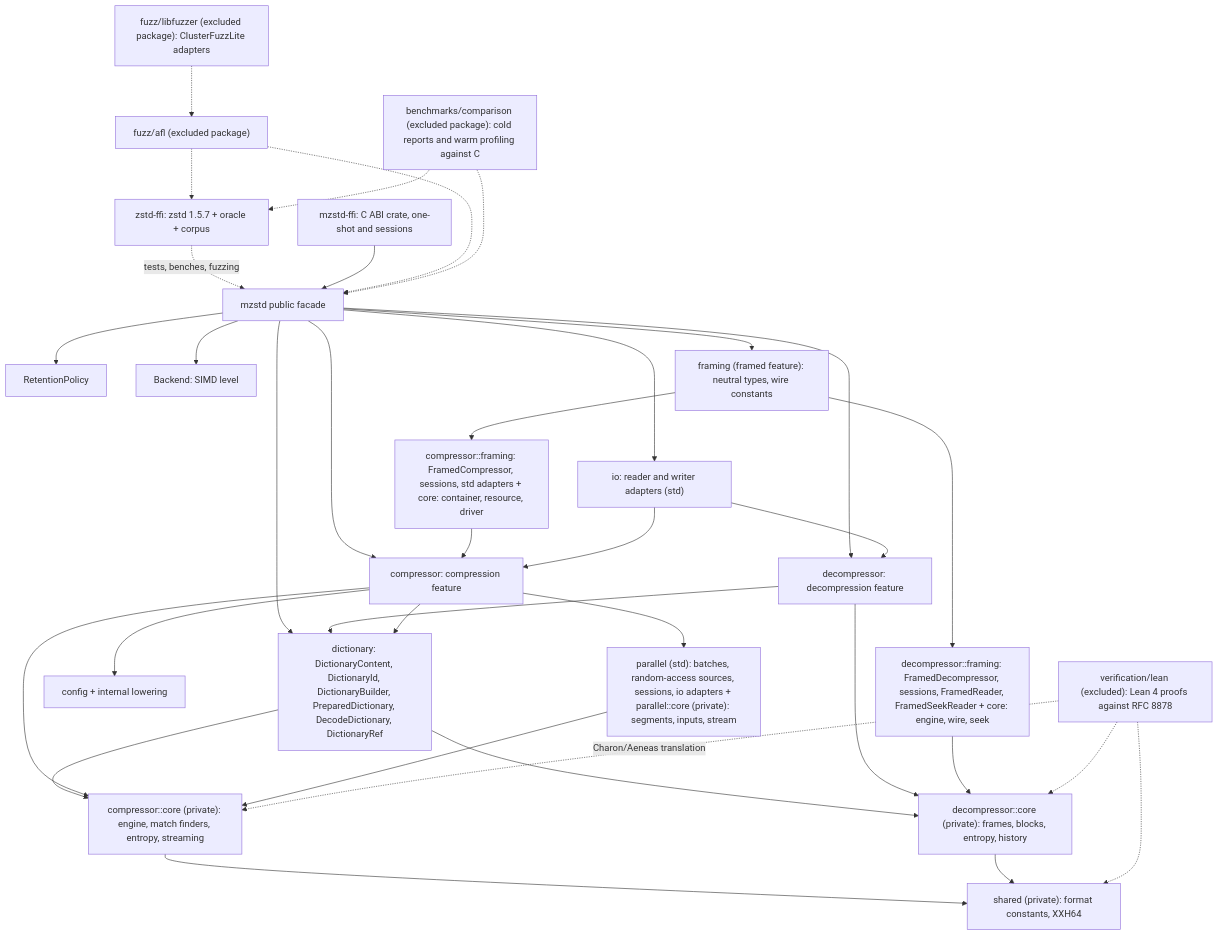
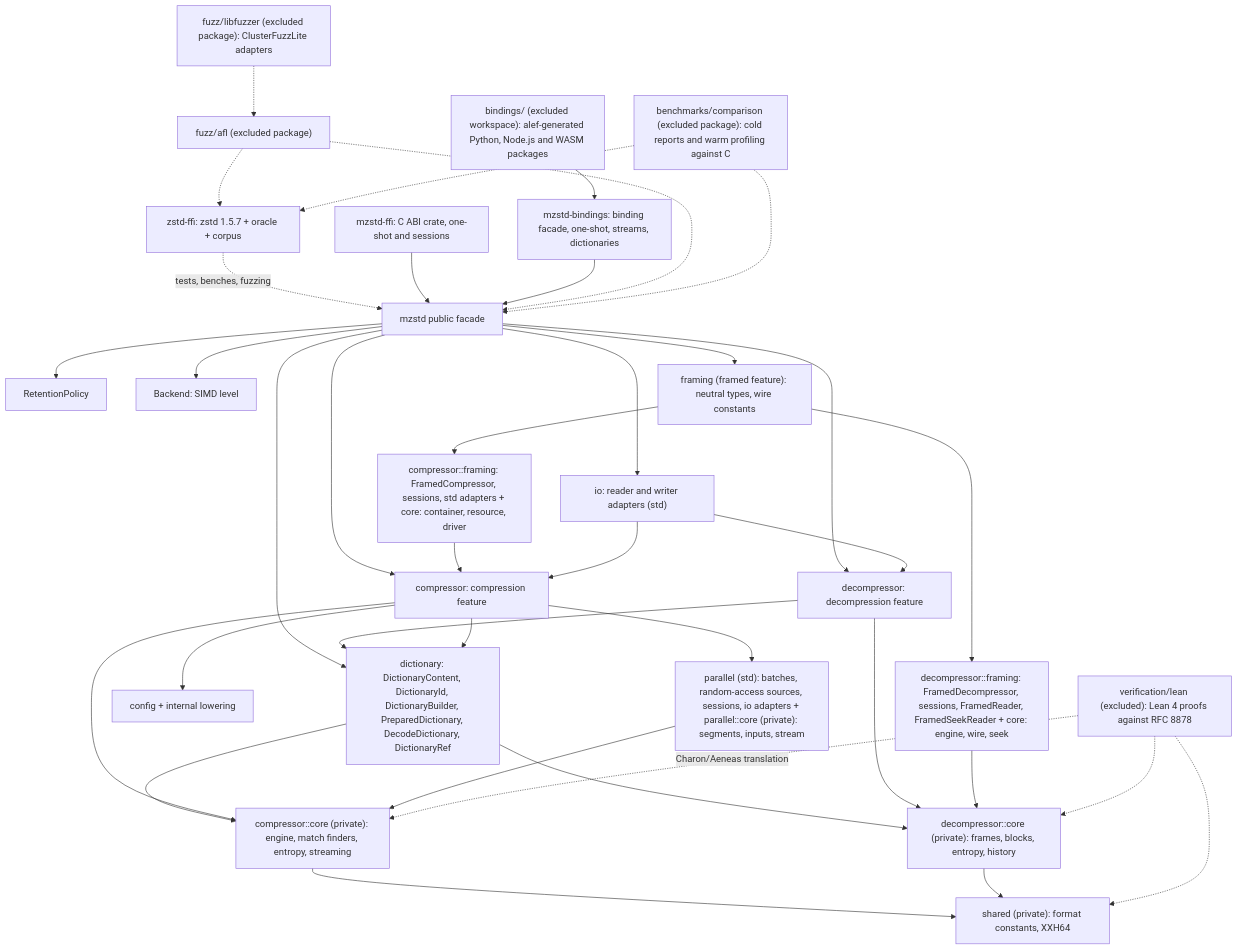
Before and after one commit to M-Compressors/mzstd: the diagram in architecture/README.md, drawn with Mermaid. The commit also changed other lines of this file and 74 other files, not shown here.

````diff
--- a/architecture/README.md
+++ b/architecture/README.md
@@ -11,37 +11,39 @@
 ```mermaid
 graph TD
     Root[mzstd public facade] --> Encode[compressor: compression feature]
     Root --> Decode[decompressor: decompression feature]
     Root --> Ret[RetentionPolicy]
     Root --> Back[Backend: SIMD level]
     Root --> IO["io: reader and writer adapters (std)"]
     Root --> Dict["dictionary: DictionaryContent, DictionaryId, DictionaryBuilder, PreparedDictionary, DecodeDictionary, DictionaryRef"]
     Decode --> Dict
     Encode --> Dict
     Dict --> DCore
     Dict --> ECore
     Encode --> Cfg[config + internal lowering]
     Encode --> ECore["compressor::core (private): engine, match finders, entropy, streaming"]
     Encode --> Par["parallel (std): batches, random-access sources, sessions, io adapters + parallel::core (private): segments, inputs, stream"]
     Par --> ECore
     Decode --> DCore["decompressor::core (private): frames, blocks, entropy, history"]
     Root --> Framing["framing (framed feature): neutral types, wire constants"]
     Framing --> FEnc["compressor::framing: FramedCompressor, sessions, std adapters + core: container, resource, driver"]
     Framing --> FDec["decompressor::framing: FramedDecompressor, sessions, FramedReader, FramedSeekReader + core: engine, wire, seek"]
     FEnc --> Encode
     FDec --> DCore
     ECore --> Shared["shared (private): format constants, XXH64"]
     DCore --> Shared
     IO --> Encode
     IO --> Decode
     Ref["zstd-ffi: zstd 1.5.7 + oracle + corpus"] -. tests, benches, fuzzing .-> Root
     CABI["mzstd-ffi: C ABI crate, one-shot and sessions"] --> Root
+    Facade["mzstd-bindings: binding facade, one-shot, streams, dictionaries"] --> Root
+    Bind["bindings/ (excluded workspace): alef-generated Python, Node.js and WASM packages"] --> Facade
     Fuzz["fuzz/afl (excluded package)"] -.-> Root
     Fuzz -.-> Ref
     LibFuzz["fuzz/libfuzzer (excluded package): ClusterFuzzLite adapters"] -.-> Fuzz
     Cmp["benchmarks/comparison (excluded package): cold reports and warm profiling against C"] -.-> Root
     Cmp -.-> Ref
     Lean["verification/lean (excluded): Lean 4 proofs against RFC 8878"] -. Charon/Aeneas translation .-> ECore
     Lean -.-> DCore
     Lean -.-> Shared
 ```
````
